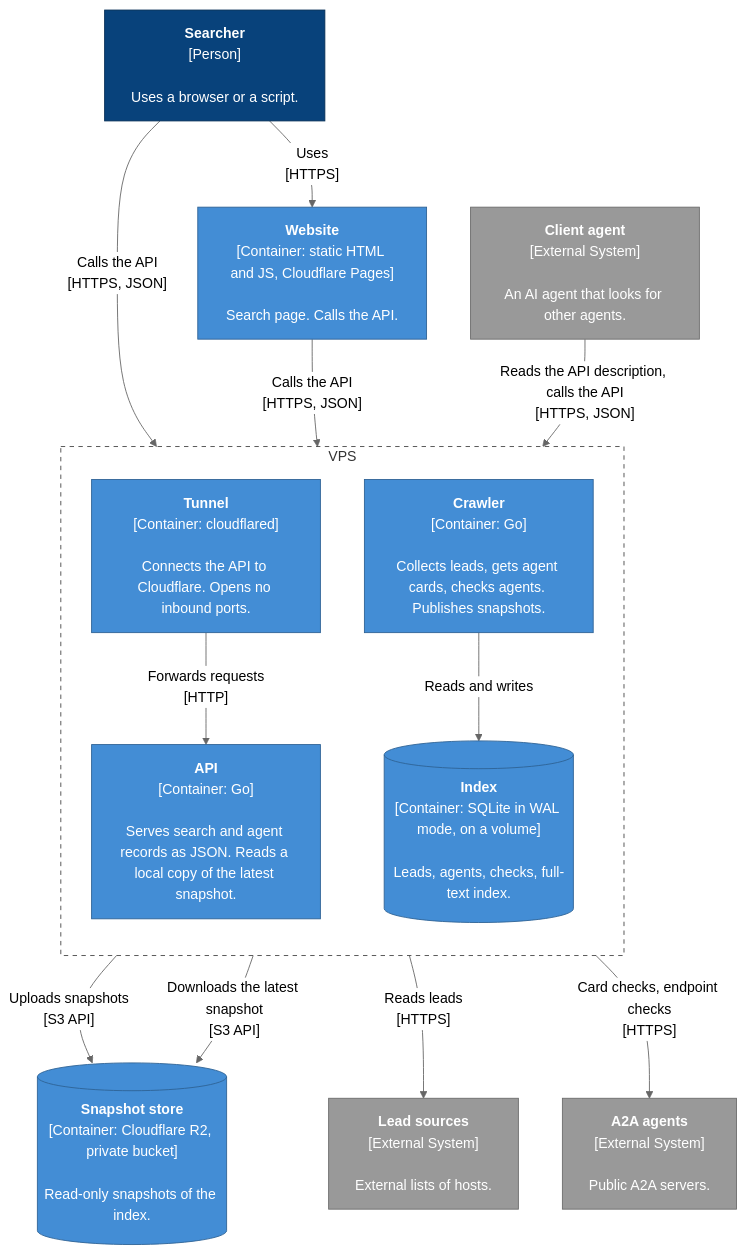
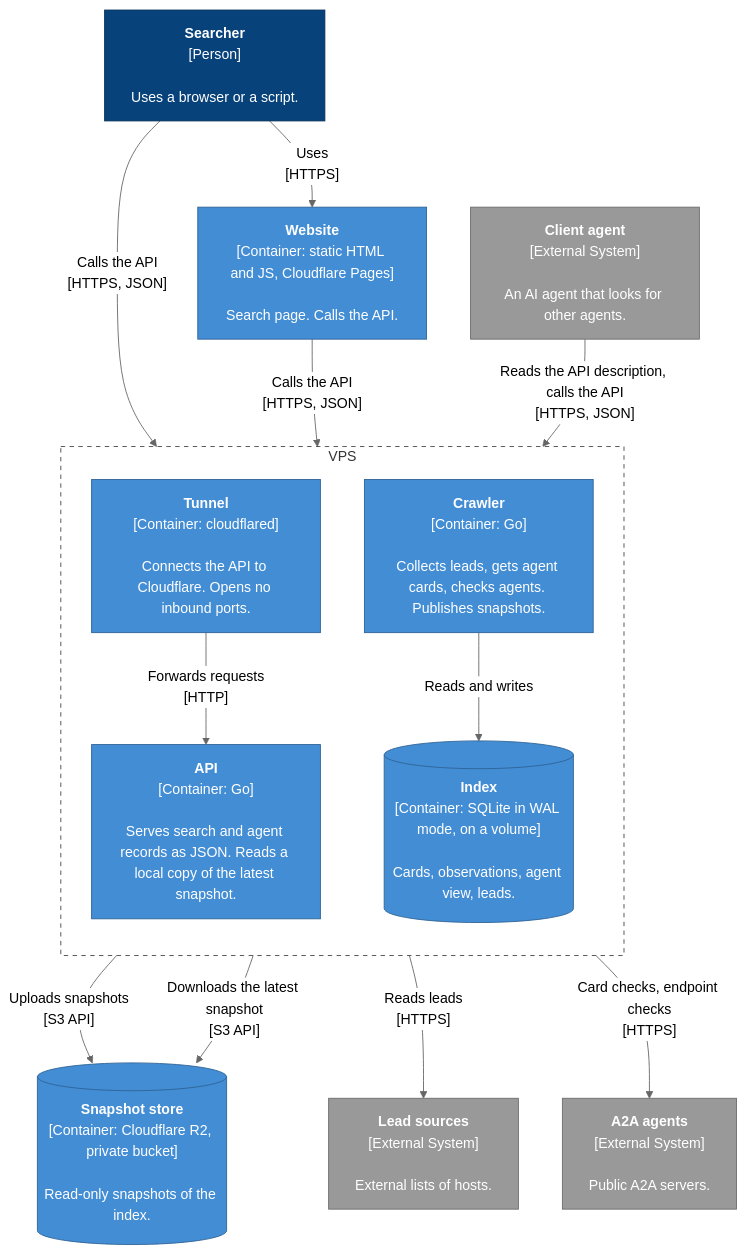
Before and after one commit to sbOogway/openagentindex: the second of 6 diagrams in spec.md, drawn with Mermaid (neutral theme). The commit also changed other lines of this file, not shown here.

First line of the commit message:
docs(spec): store checks as observations with mergeable keys

````diff
--- a/spec.md
+++ b/spec.md
@@ -70,39 +74,39 @@
 ```mermaid
 flowchart TB
   searcher["<b>Searcher</b><br/>[Person]<br/><br/>Uses a browser or a script."]
   client["<b>Client agent</b><br/>[External System]<br/><br/>An AI agent that looks for other agents."]
   web["<b>Website</b><br/>[Container: static HTML and JS, Cloudflare Pages]<br/><br/>Search page. Calls the API."]
 
   subgraph vps["VPS"]
     direction TB
   tunnel["<b>Tunnel</b><br/>[Container: cloudflared]<br/><br/>Connects the API to Cloudflare. Opens no inbound ports."]
   api["<b>API</b><br/>[Container: Go]<br/><br/>Serves search and agent records as JSON. Reads a local copy of the latest snapshot."]
   crawler["<b>Crawler</b><br/>[Container: Go]<br/><br/>Collects leads, gets agent cards, checks agents. Publishes snapshots."]
-  db[("<b>Index</b><br/>[Container: SQLite in WAL mode, on a volume]<br/><br/>Leads, agents, checks, full-text index.")]
+  db[("<b>Index</b><br/>[Container: SQLite in WAL mode, on a volume]<br/><br/>Cards, observations, agent view, leads.")]
   end
 
   r2[("<b>Snapshot store</b><br/>[Container: Cloudflare R2, private bucket]<br/><br/>Read-only snapshots of the index.")]
   sources["<b>Lead sources</b><br/>[External System]<br/><br/>External lists of hosts."]
   agents["<b>A2A agents</b><br/>[External System]<br/><br/>Public A2A servers."]
 
   searcher -- "Uses<br/>[HTTPS]" --> web
   searcher -- "Calls the API<br/>[HTTPS, JSON]" --> tunnel
   web -- "Calls the API<br/>[HTTPS, JSON]" --> tunnel
   client -- "Reads the API description, calls the API<br/>[HTTPS, JSON]" --> tunnel
   tunnel -- "Forwards requests<br/>[HTTP]" --> api
   crawler -- "Reads and writes" --> db
   crawler -- "Uploads snapshots<br/>[S3 API]" --> r2
   api -- "Downloads the latest snapshot<br/>[S3 API]" --> r2
   crawler -- "Reads leads<br/>[HTTPS]" --> sources
   crawler -- "Card checks, endpoint checks<br/>[HTTPS]" --> agents
 
   classDef person fill:#08427b,stroke:#052e56,color:#fff
   classDef system fill:#1168bd,stroke:#0b4884,color:#fff
   classDef external fill:#999999,stroke:#6b6b6b,color:#fff
   classDef container fill:#438dd5,stroke:#2e6295,color:#fff
   classDef component fill:#85bbf0,stroke:#5d82a8,color:#000
   class searcher person
   class web,tunnel,api,crawler,db,r2 container
   class sources,agents,client external
   style vps fill:none,stroke:#444,stroke-dasharray:5 5
 ```
````
